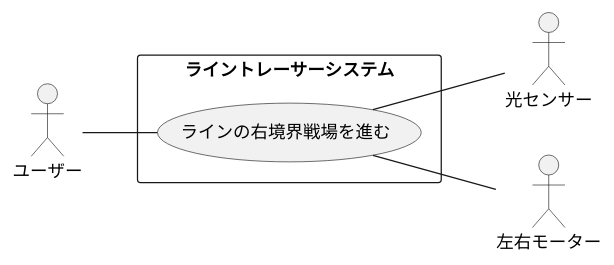
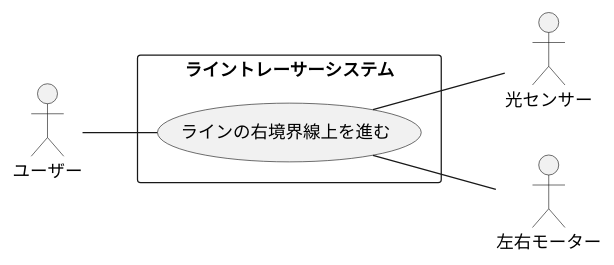
The diagram in 演習6-5-2_ユースケース図_ライントレーサー.pu (h7a31/uml-introduction), drawn with PlantUML before and after one commit.

Commit message:
演習6-5-2 ユースケース図

```diff
--- a/演習6-5-2_ユースケース図_ライントレーサー.pu
+++ b/演習6-5-2_ユースケース図_ライントレーサー.pu
@@ -1,12 +1,12 @@
 @startuml ライントレーサーシステム
 left to right direction
 actor ユーザー
 actor 光センサー
 actor 左右モーター
 rectangle ライントレーサーシステム {
-usecase ラインの右境界戦場を進む as a
+usecase ラインの右境界線上を進む as a
 }
 ユーザー -- a
 a -- 光センサー
 a -- 左右モーター
 @enduml
```
